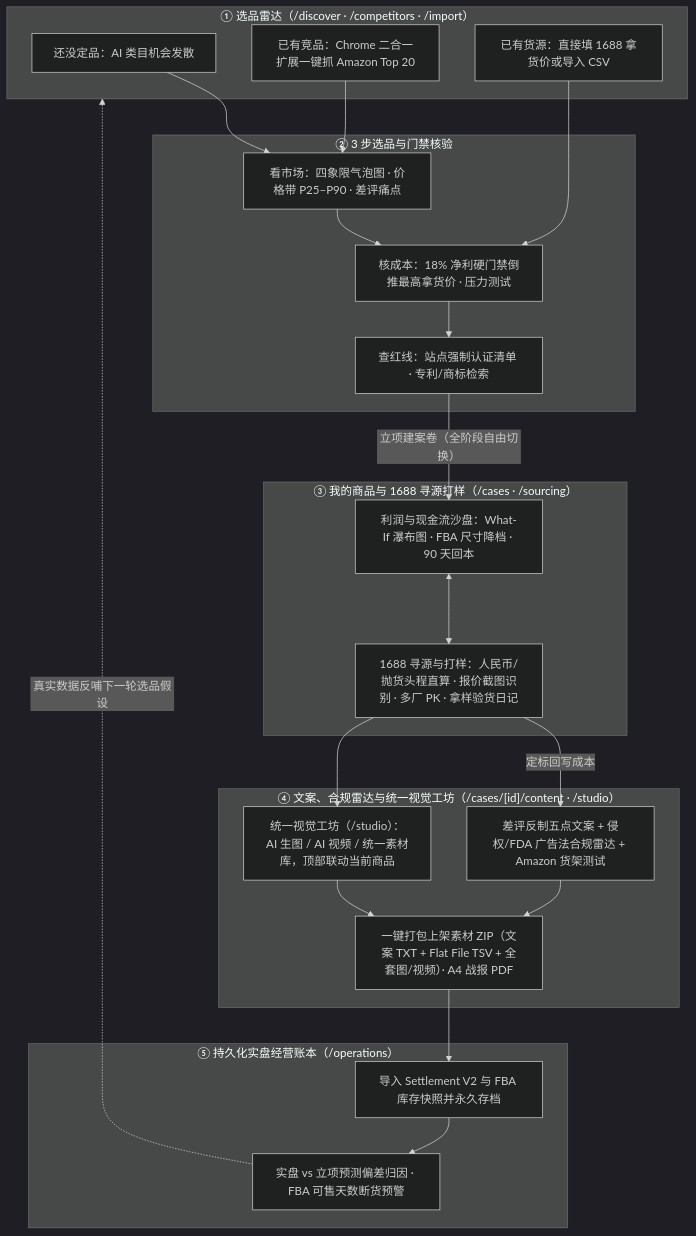
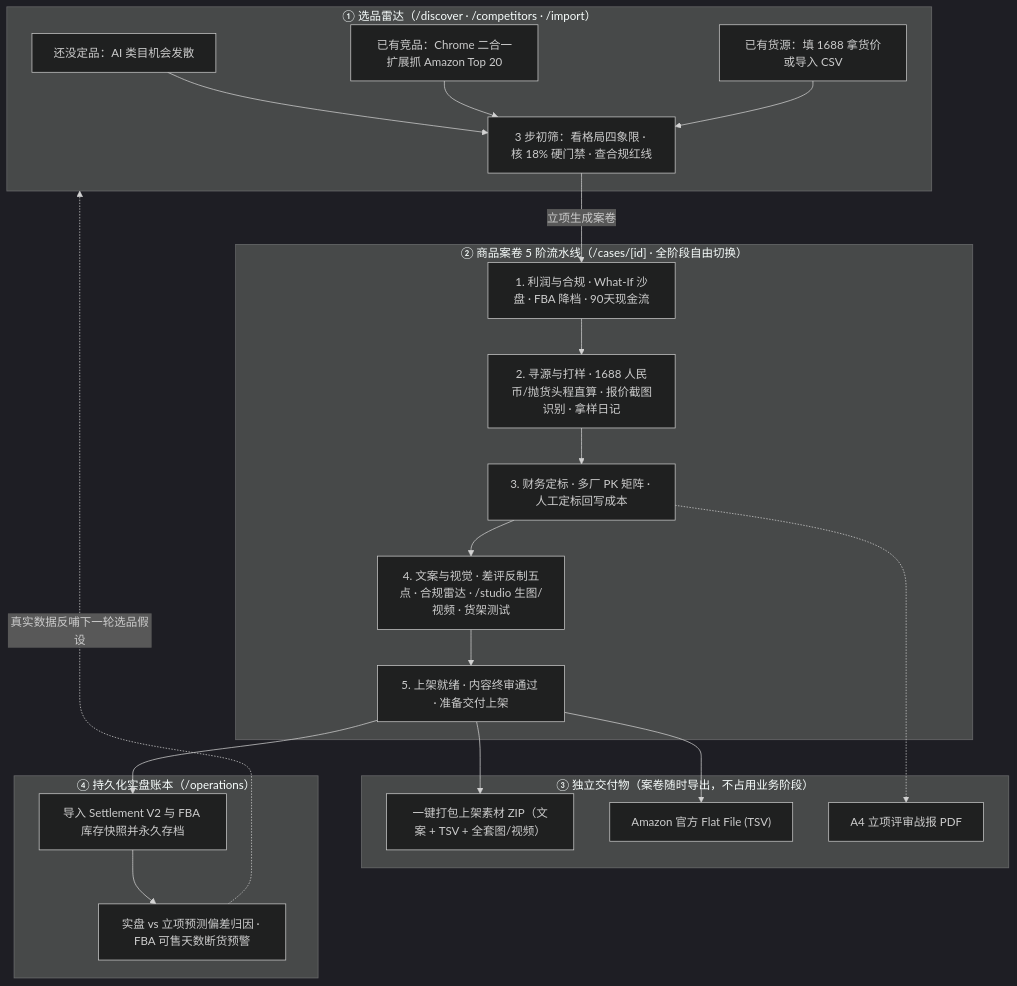
One commit to BeyChan/AITrade changed the diagram in README.md. Above: the diagram before and after it, drawn with Mermaid (dark theme). The commit also changed 3 other files, not shown here.

Commit message:
docs: 重拍白天/黑夜双模最新截图并更新 README 业务流程图

````diff
--- a/README.md
+++ b/README.md
@@ -16,44 +16,40 @@
 ```mermaid
 flowchart TD
     subgraph S1["① 选品雷达（/discover · /competitors · /import）"]
         A1["还没定品：AI 类目机会发散"]
-        A2["已有竞品：Chrome 二合一扩展一键抓 Amazon Top 20"]
-        A3["已有货源：直接填 1688 拿货价或导入 CSV"]
+        A2["已有竞品：Chrome 二合一扩展抓 Amazon Top 20"]
+        A3["已有货源：填 1688 拿货价或导入 CSV"]
+        A4["3 步初筛：看格局四象限 · 核 18% 硬门禁 · 查合规红线"]
+        A1 --> A4
+        A2 --> A4
+        A3 --> A4
     end
 
-    subgraph S2["② 3 步选品与门禁核验"]
-        B1["看市场：四象限气泡图 · 价格带 P25–P90 · 差评痛点"]
-        B2["核成本：18% 净利硬门禁倒推最高拿货价 · 压力测试"]
-        B3["查红线：站点强制认证清单 · 专利/商标检索"]
-        B1 --> B2 --> B3
+    subgraph S2["② 商品案卷 5 阶流水线（/cases/[id] · 全阶段自由切换）"]
+        P1["1. 利润与合规 · What-If 沙盘 · FBA 降档 · 90天现金流"]
+        P2["2. 寻源与打样 · 1688 人民币/抛货头程直算 · 报价截图识别 · 拿样日记"]
+        P3["3. 财务定标 · 多厂 PK 矩阵 · 人工定标回写成本"]
+        P4["4. 文案与视觉 · 差评反制五点 · 合规雷达 · /studio 生图/视频 · 货架测试"]
+        P5["5. 上架就绪 · 内容终审通过 · 准备交付上架"]
+        P1 --> P2 --> P3 --> P4 --> P5
     end
 
-    subgraph S3["③ 我的商品与 1688 寻源打样（/cases · /sourcing）"]
-        C1["利润与现金流沙盘：What-If 瀑布图 · FBA 尺寸降档 · 90 天回本"]
-        C2["1688 寻源与打样：人民币/抛货头程直算 · 报价截图识别 · 多厂 PK · 拿样验货日记"]
-        C1 <--> C2
+    subgraph S3["③ 独立交付物（案卷随时导出，不占用业务阶段）"]
+        O1["一键打包上架素材 ZIP（文案 + TSV + 全套图/视频）"]
+        O2["Amazon 官方 Flat File (TSV)"]
+        O3["A4 立项评审战报 PDF"]
     end
 
-    subgraph S4["④ 文案、合规雷达与统一视觉工坊（/cases/[id]/content · /studio）"]
-        D1["差评反制五点文案 + 侵权/FDA 广告法合规雷达 + Amazon 货架测试"]
-        D2["统一视觉工坊（/studio）：AI 生图 / AI 视频 / 统一素材库，顶部联动当前商品"]
-        D3["一键打包上架素材 ZIP（文案 TXT + Flat File TSV + 全套图/视频）· A4 战报 PDF"]
-        D1 --> D3
-        D2 --> D3
-    end
-
-    subgraph S5["⑤ 持久化实盘经营账本（/operations）"]
+    subgraph S4["④ 持久化实盘账本（/operations）"]
         E1["导入 Settlement V2 与 FBA 库存快照并永久存档"]
         E2["实盘 vs 立项预测偏差归因 · FBA 可售天数断货预警"]
         E1 --> E2
     end
 
-    A1 --> B1
-    A2 --> B1
-    A3 --> B2
-    B3 -->|"立项建案卷（全阶段自由切换）"| C1
-    C2 -->|"定标回写成本"| D1
-    C2 --> D2
-    D3 --> E1
+    A4 -->|"立项生成案卷"| P1
+    P5 --> O1
+    P5 --> O2
+    P3 -.-> O3
+    P5 --> E1
     E2 -.->|"真实数据反哺下一轮选品假设"| S1
 ```
````
